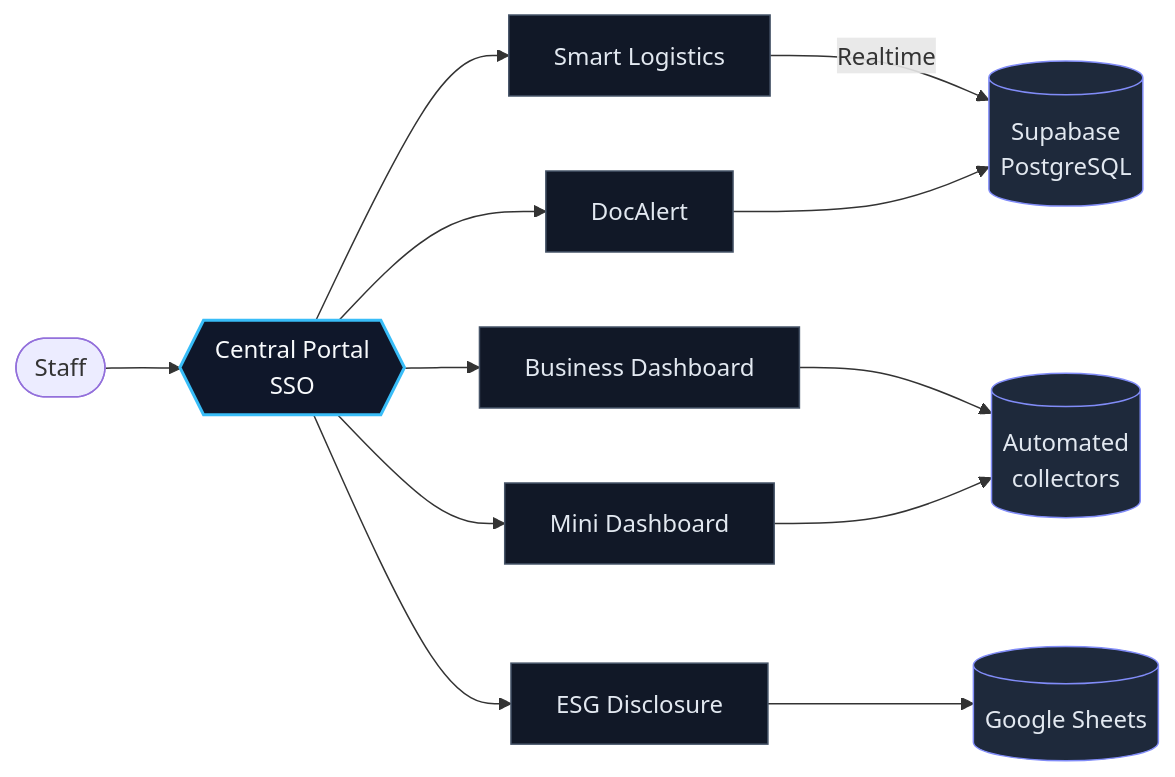
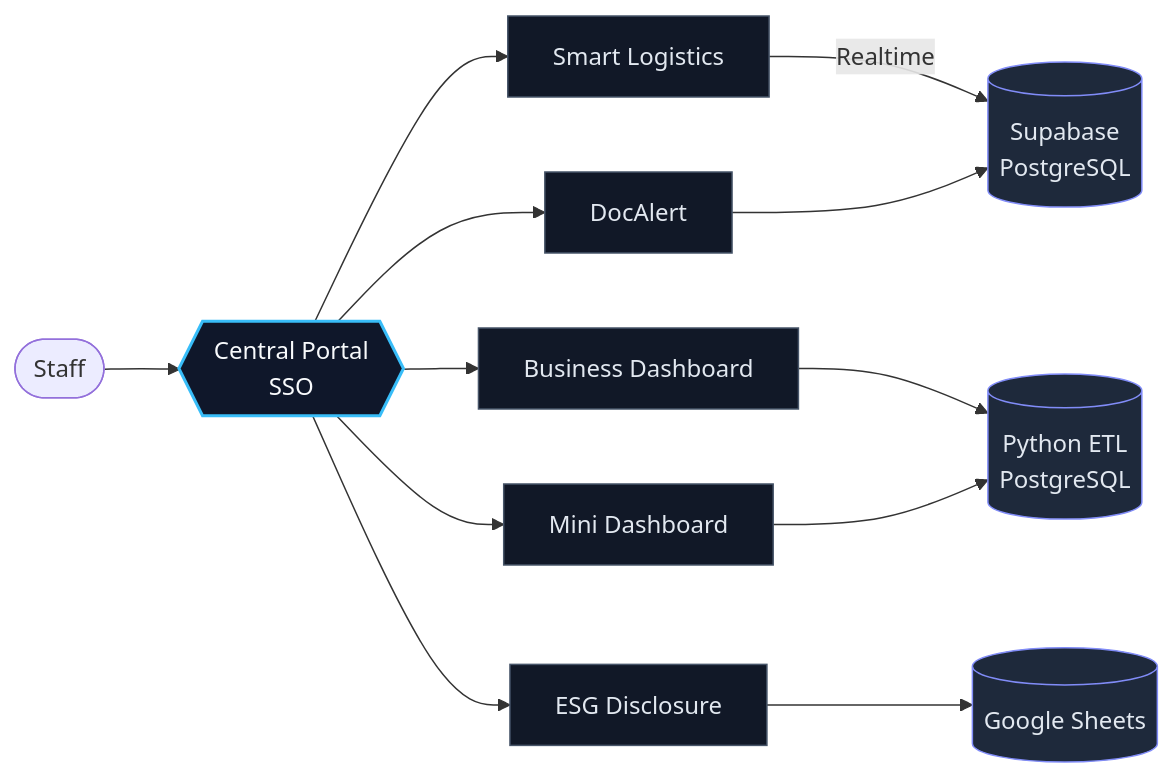
One commit to WitchakornThokul/WitchakornThokul changed the diagram in README.md. Above: the diagram before and after it, drawn with Mermaid. The commit also changed other lines of this file, not shown here.

````diff
--- a/README.md
+++ b/README.md
@@ -40,21 +40,21 @@
 ```mermaid
 flowchart LR
     U([Staff]) --> P{{Central Portal<br/>SSO}}
     P --> L[Smart Logistics]
     P --> D[DocAlert]
     P --> K[Business Dashboard]
     P --> M[Mini Dashboard]
     P --> E[ESG Disclosure]
     L -->|Realtime| S[(Supabase<br/>PostgreSQL)]
     D --> S
-    K --> G[(Automated<br/>collectors)]
+    K --> G[(Python ETL<br/>PostgreSQL)]
     M --> G
     E --> X[(Google Sheets)]
 
     classDef hub fill:#0f172a,stroke:#38bdf8,color:#f8fafc,stroke-width:2px;
     classDef app fill:#111827,stroke:#475569,color:#e2e8f0;
     classDef data fill:#1e293b,stroke:#818cf8,color:#e2e8f0;
     class P hub;
     class L,D,K,M,E app;
     class S,G,X data;
 ```
````
